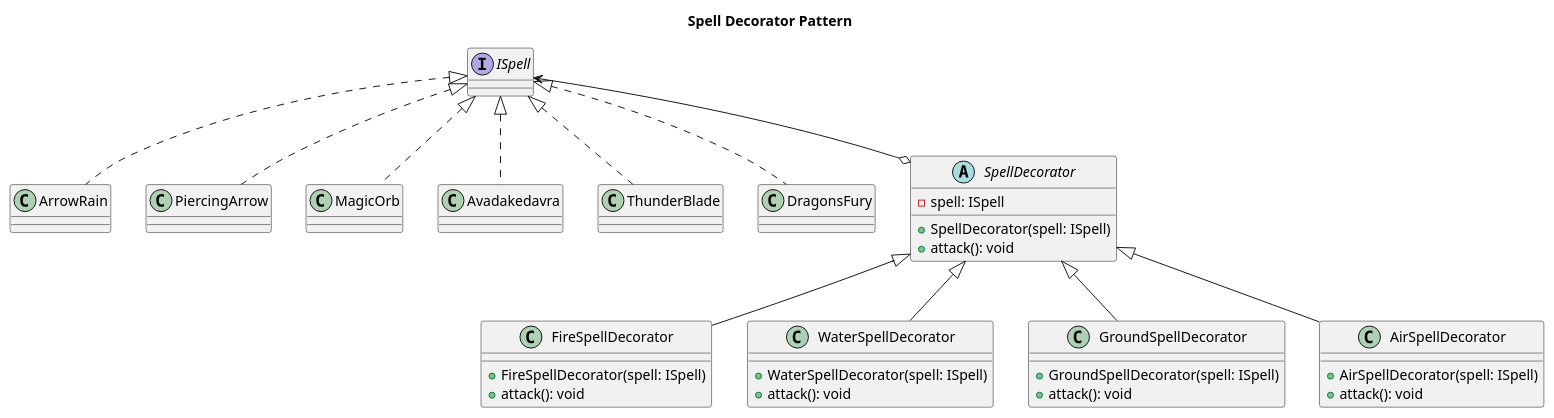
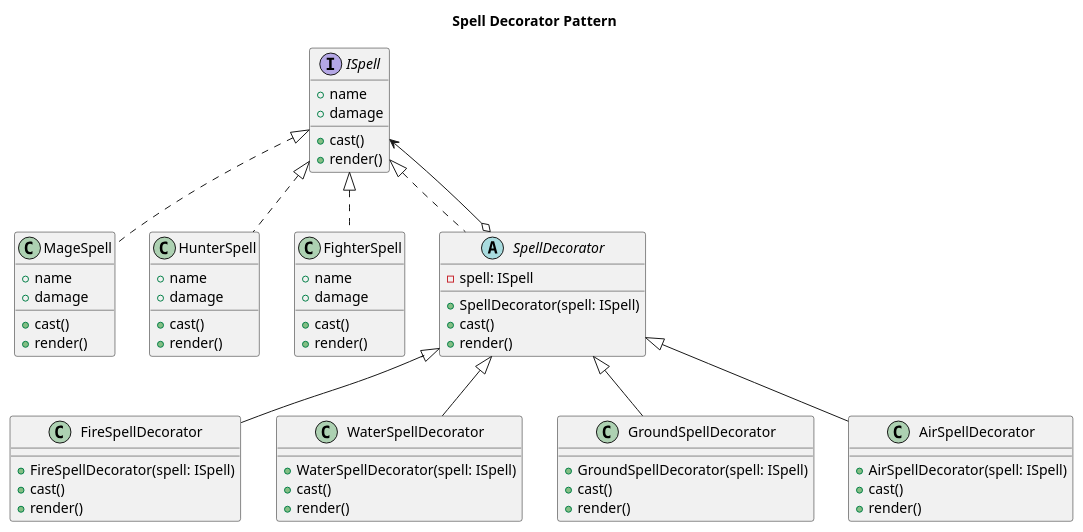
The diagram in UML/Decorator/spell.decorator.plantuml (project-survivor/documentation), drawn with PlantUML before and after one commit. The commit also changed 6 other files, not shown here.

```diff
--- a/UML/Decorator/spell.decorator.plantuml
+++ b/UML/Decorator/spell.decorator.plantuml
@@ -1,74 +1,71 @@
 @startuml
 
 title Spell Decorator Pattern
 
 interface ISpell {
-    
+    +name
+    +damage
+    +cast()
+    +render()  
 }
 
-class ArrowRain {
-    
+class MageSpell implements ISpell {
+    +name
+    +damage
+    +cast()
+    +render()  
 }
 
-class PiercingArrow {
-    
+class HunterSpell implements ISpell {
+    +name
+    +damage
+    +cast()
+    +render() 
 }
 
-class MagicOrb {
-    
+class FighterSpell implements ISpell {
+    +name
+    +damage
+    +cast()
+    +render()  
 }
 
-class Avadakedavra {
-    
-}
-
-class ThunderBlade {
-    
-}
-
-class DragonsFury{
-    
-}
-
-abstract class SpellDecorator {
+abstract class SpellDecorator implements ISpell {
     -spell: ISpell
     +SpellDecorator(spell: ISpell)
-    +attack(): void
+    +cast()
+    +render()  
 }
 
 class FireSpellDecorator {
     +FireSpellDecorator(spell: ISpell)
-    +attack(): void
+    +cast()
+    +render() 
 }
 
 class WaterSpellDecorator {
     +WaterSpellDecorator(spell: ISpell)
-    +attack(): void
+    +cast()
+    +render() 
 }
 
 class GroundSpellDecorator {
     +GroundSpellDecorator(spell: ISpell)
-    +attack(): void
+    +cast()
+    +render() 
 }
 
 class AirSpellDecorator {
     +AirSpellDecorator(spell: ISpell)
-    +attack(): void
+    +cast()
+    +render() 
 }
 
 ISpell <--o SpellDecorator
 
 SpellDecorator <|-- FireSpellDecorator
 SpellDecorator <|-- WaterSpellDecorator
 SpellDecorator <|-- GroundSpellDecorator
 SpellDecorator <|-- AirSpellDecorator
 
-
-ISpell <|.. ArrowRain
-ISpell <|.. PiercingArrow
-ISpell <|.. MagicOrb
-ISpell <|.. Avadakedavra
-ISpell <|.. ThunderBlade
-ISpell <|.. DragonsFury
-
 @enduml
```
